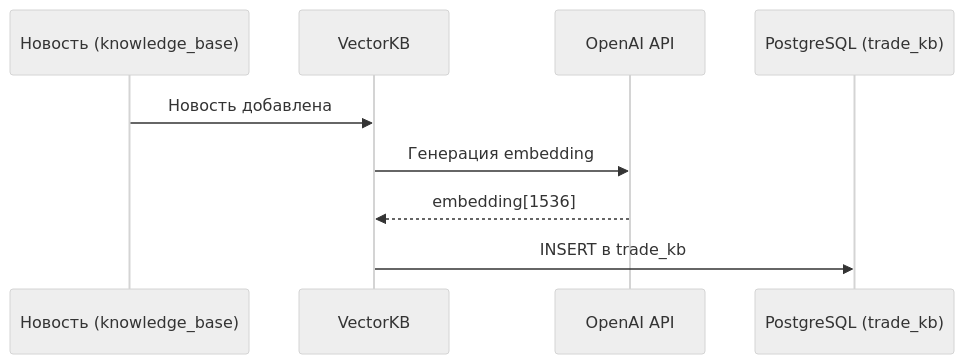
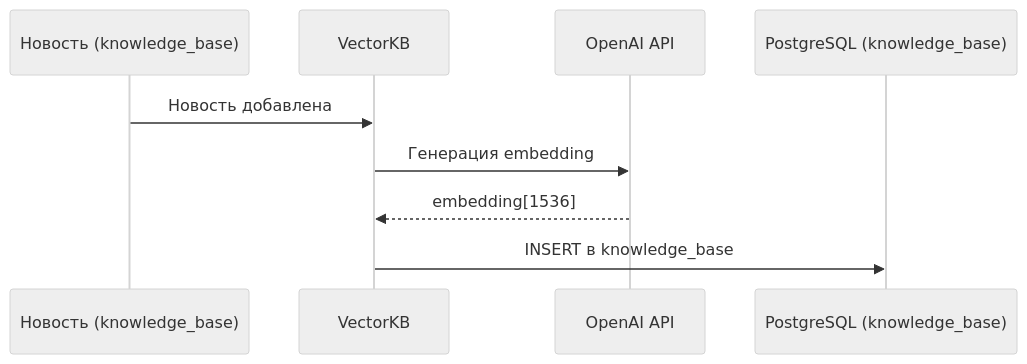
One commit to kobyzev-yuri/lse changed the second of 3 diagrams in docs/VECTOR_KB_IMPLEMENTATION.md. Above: the diagram before and after it, drawn with Mermaid (neutral theme). The commit also changed other lines of this file and 30 other files, not shown here.

````diff
--- a/docs/VECTOR_KB_IMPLEMENTATION.md
+++ b/docs/VECTOR_KB_IMPLEMENTATION.md
@@ -131,12 +128,12 @@
 ```mermaid
 sequenceDiagram
     participant News as Новость (knowledge_base)
     participant VectorKB as VectorKB
     participant OpenAI as OpenAI API
-    participant DB as PostgreSQL (trade_kb)
+    participant DB as PostgreSQL (knowledge_base)
     
     News->>VectorKB: Новость добавлена
     VectorKB->>OpenAI: Генерация embedding
     OpenAI-->>VectorKB: embedding[1536]
-    VectorKB->>DB: INSERT в trade_kb
+    VectorKB->>DB: INSERT в knowledge_base
 ```
````
